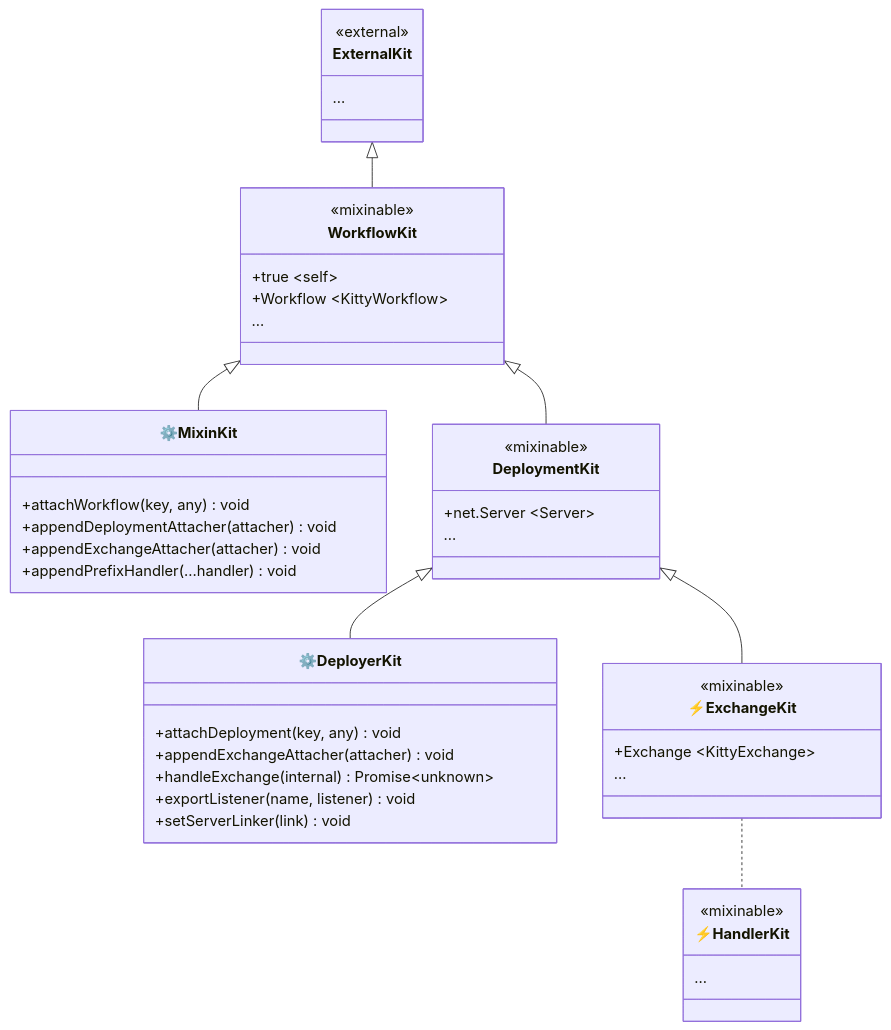
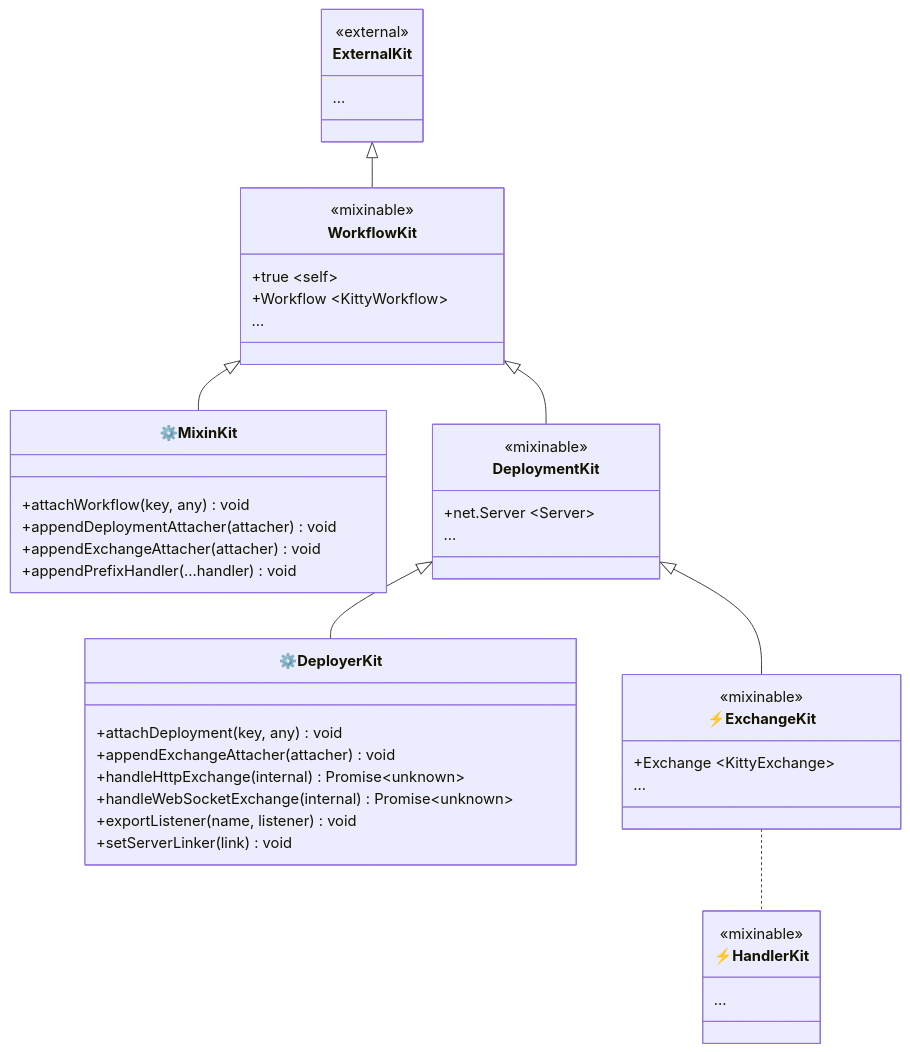
The diagram in packages/workflow/ARCHITECTURE.md (produck/kitty), drawn with Mermaid before and after one commit. The commit also changed other lines of this file and 9 other files, not shown here.

````diff
--- a/packages/workflow/ARCHITECTURE.md
+++ b/packages/workflow/ARCHITECTURE.md
@@ -85,48 +85,49 @@
 ```mermaid
 classDiagram
   class ExternalKit {
     <<external>>
     ...
   }
   class WorkflowKit {
     <<mixinable>>
     +true ~self~
     +Workflow ~KittyWorkflow~
     ...
   }
   class MixinKit["⚙️MixinKit"] {
     +attachWorkflow(key, any) void
     +appendDeploymentAttacher(attacher) void
     +appendExchangeAttacher(attacher) void
     +appendPrefixHandler(...handler) void
   }
   class DeploymentKit {
     <<mixinable>>
     +net.Server ~Server~
     ...
   }
   class DeployerKit["⚙️DeployerKit"] {
     +attachDeployment(key, any) void
     +appendExchangeAttacher(attacher) void
-    +handleExchange(internal) Promise~unknown~
+    +handleHttpExchange(internal) Promise~unknown~
+    +handleWebSocketExchange(internal) Promise~unknown~
     +exportListener(name, listener) void
     +setServerLinker(link) void
   }
   class ExchangeKit["⚡ExchangeKit"] {
     <<mixinable>>
     +Exchange ~KittyExchange~
     ...
   }
   class HandlerKit["⚡HandlerKit"] {
     <<mixinable>>
     ...
   }
 
   ExternalKit <|-- WorkflowKit
   WorkflowKit <|-- MixinKit
   WorkflowKit <|-- DeploymentKit
   DeploymentKit <|-- ExchangeKit
   DeploymentKit <|-- DeployerKit
   ExchangeKit .. HandlerKit
 
 ```
````
